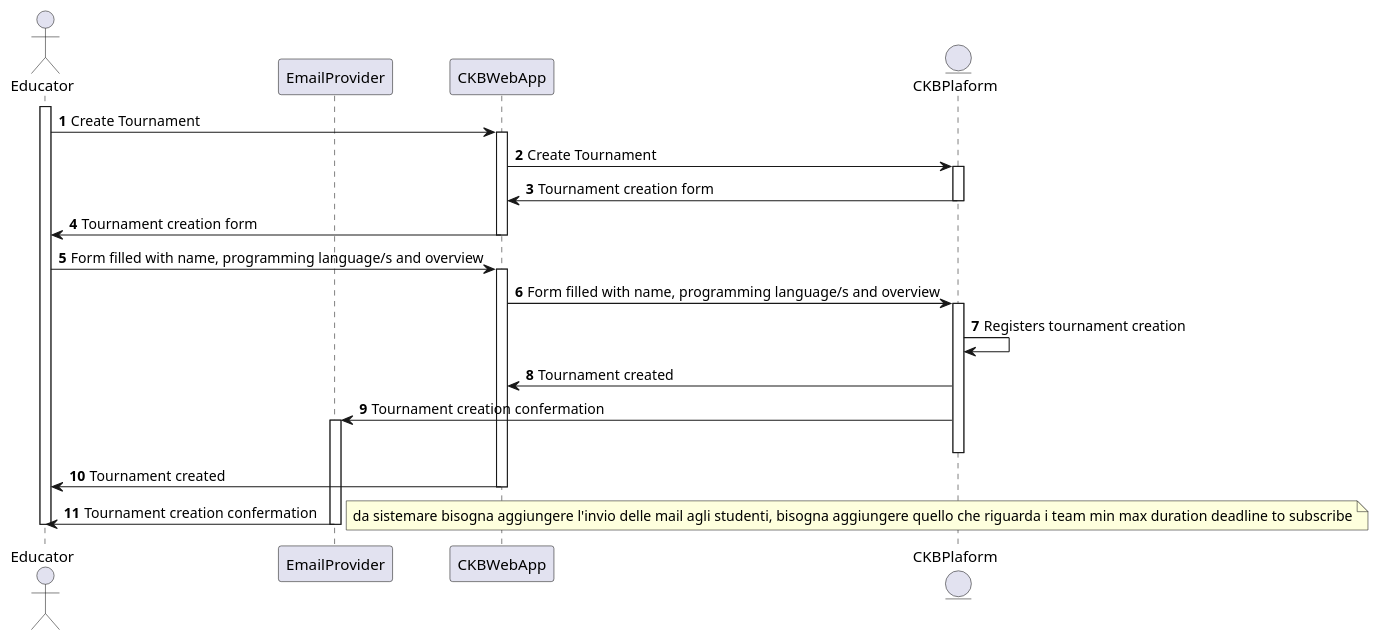
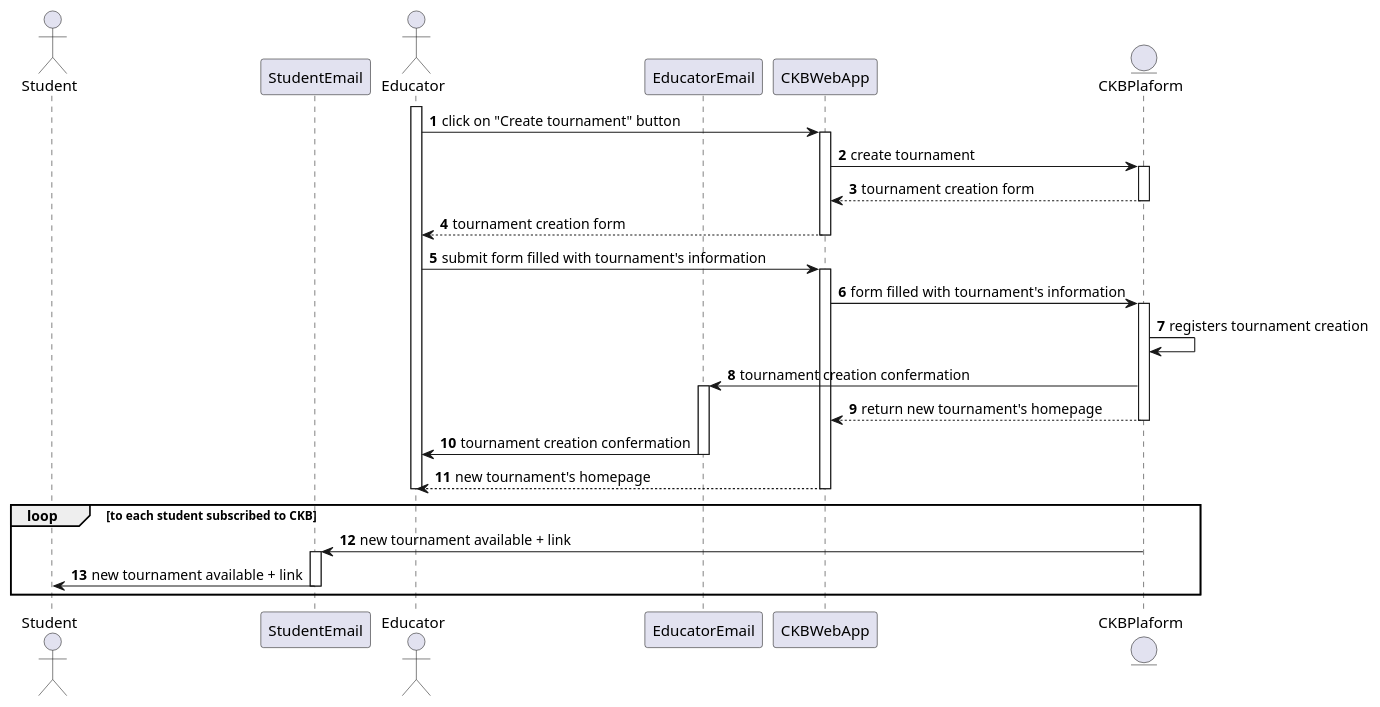
The diagram in _RASD/Images/UML/sequenceDiagram/sequenceDiagramUC5.wsd (Angelo7672/SE2_Requirement-and-Design-Document), drawn with PlantUML before and after one commit. The commit also changed 24 other files, not shown here.

Commit message:
sequence diagram fix

```diff
--- a/_RASD/Images/UML/sequenceDiagram/sequenceDiagramUC5.wsd
+++ b/_RASD/Images/UML/sequenceDiagram/sequenceDiagramUC5.wsd
@@ -1,36 +1,43 @@
 @startuml
 
 autonumber
 
+actor Student
+participant StudentEmail
 actor Educator
-participant EmailProvider as Email
+participant EducatorEmail as Email
 participant CKBWebApp as App
 entity CKBPlaform as Platform
 
 activate Educator
-Educator -> App: Create Tournament
+Educator -> App: click on "Create tournament" button
 activate App
-App -> Platform: Create Tournament
+App -> Platform: create tournament
 activate Platform
-Platform -> App: Tournament creation form
+Platform --> App: tournament creation form
 deactivate Platform
-App -> Educator: Tournament creation form
+App --> Educator: tournament creation form
 deactivate App
-Educator -> App: Form filled with name, programming language/s and overview
+Educator -> App: submit form filled with tournament's information
 activate App
-App -> Platform: Form filled with name, programming language/s and overview
+App -> Platform: form filled with tournament's information
 activate Platform
-Platform -> Platform: Registers tournament creation
-Platform -> App: Tournament created
-Platform -> Email: Tournament creation confermation 
+Platform -> Platform: registers tournament creation
+Platform -> Email: tournament creation confermation
 activate Email
+Platform --> App: return new tournament's homepage
 deactivate Platform
-App -> Educator: Tournament created
+Email -> Educator: tournament creation confermation
+deactivate Email
+App --> Educator: new tournament's homepage
 deactivate App
-Email -> Educator: Tournament creation confermation 
-deactivate Email
 deactivate Educator
-note right
-    da sistemare bisogna aggiungere l'invio delle mail agli studenti, bisogna aggiungere quello che riguarda i team min max duration deadline to subscribe
-end note
+
+loop to each student subscribed to CKB
+    Platform -> StudentEmail: new tournament available + link
+    activate StudentEmail
+    StudentEmail -> Student: new tournament available + link
+    deactivate StudentEmail
+end
+
 @enduml
```
